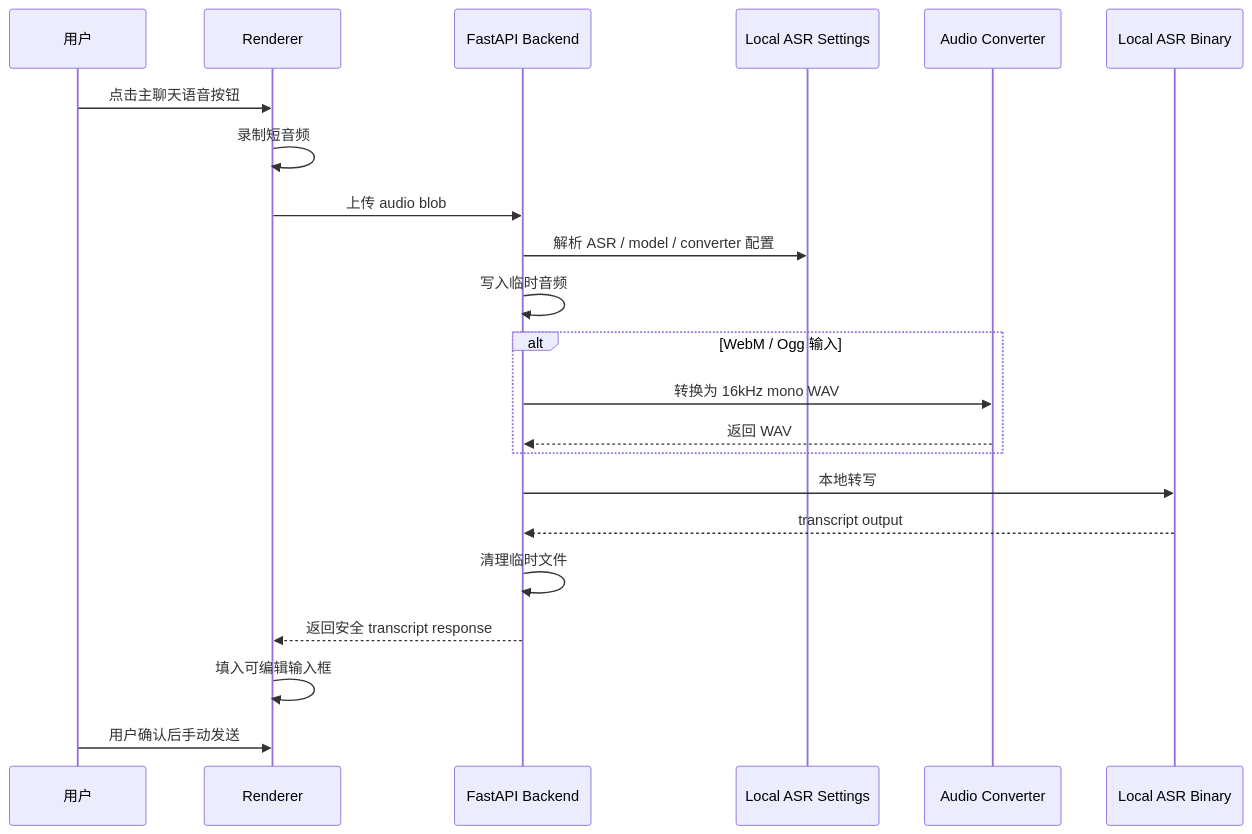
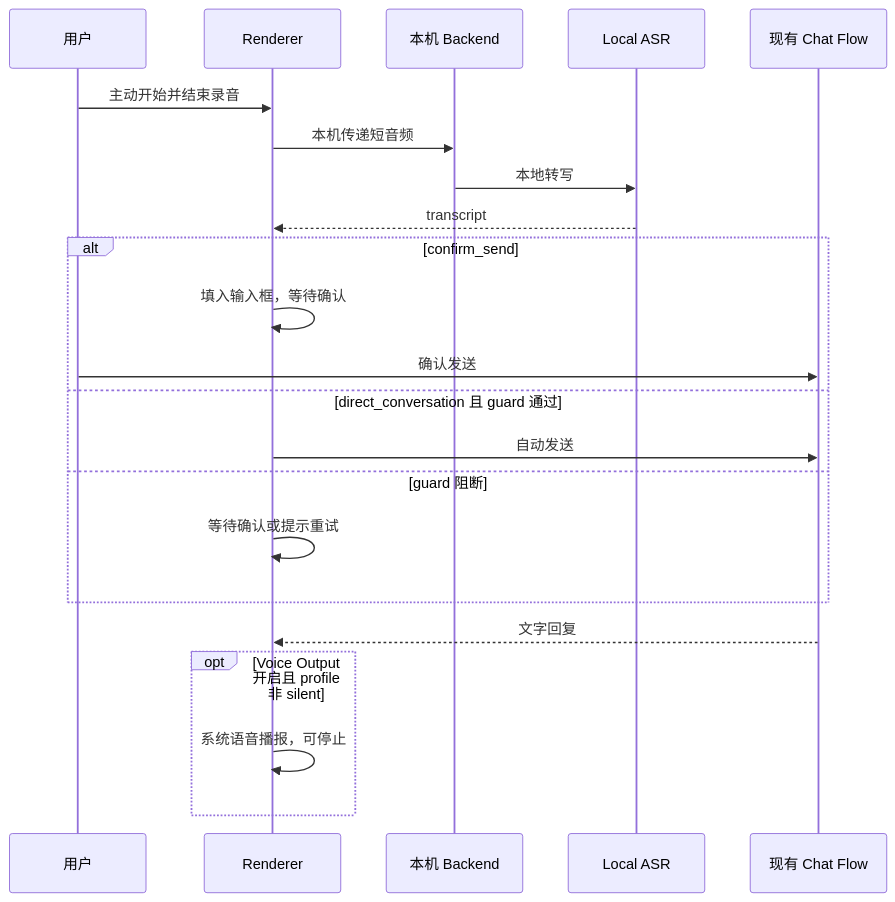
The third of 3 diagrams in README.md (Zhuoran-26/ReiLink), drawn with Mermaid before and after one commit. The commit also changed other lines of this file and 20 other files, not shown here.

````diff
--- a/README.md
+++ b/README.md
@@ -193,25 +195,25 @@
 ```mermaid
 sequenceDiagram
   participant User as 用户
   participant UI as Renderer
-  participant Backend as FastAPI Backend
-  participant Settings as Local ASR Settings
-  participant Converter as Audio Converter
-  participant ASR as Local ASR Binary
+  participant Backend as 本机 Backend
+  participant ASR as Local ASR
+  participant Chat as 现有 Chat Flow
 
-  User->>UI: 点击主聊天语音按钮
-  UI->>UI: 录制短音频
-  UI->>Backend: 上传 audio blob
-  Backend->>Settings: 解析 ASR / model / converter 配置
-  Backend->>Backend: 写入临时音频
-  alt WebM / Ogg 输入
-    Backend->>Converter: 转换为 16kHz mono WAV
-    Converter-->>Backend: 返回 WAV
+  User->>UI: 主动开始并结束录音
+  UI->>Backend: 本机传递短音频
+  Backend->>ASR: 本地转写
+  ASR-->>UI: transcript
+  alt confirm_send
+    UI->>UI: 填入输入框，等待确认
+    User->>Chat: 确认发送
+  else direct_conversation 且 guard 通过
+    UI->>Chat: 自动发送
+  else guard 阻断
+    UI->>UI: 等待确认或提示重试
   end
-  Backend->>ASR: 本地转写
-  ASR-->>Backend: transcript output
-  Backend->>Backend: 清理临时文件
-  Backend-->>UI: 返回安全 transcript response
-  UI->>UI: 填入可编辑输入框
-  User->>UI: 用户确认后手动发送
+  Chat-->>UI: 文字回复
+  opt Voice Output 开启且 profile 非 silent
+    UI->>UI: 系统语音播报，可停止
+  end
 ```
````
